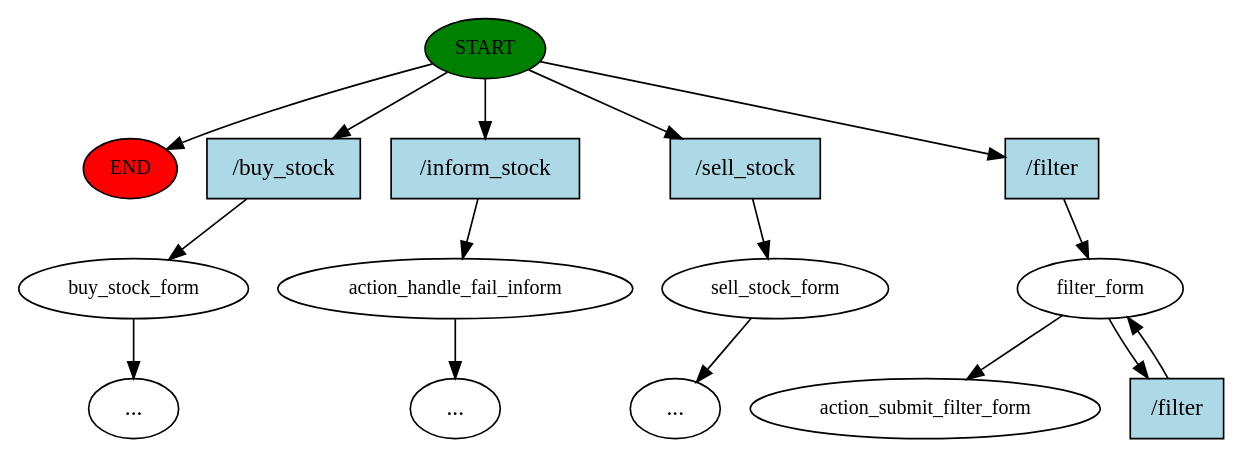
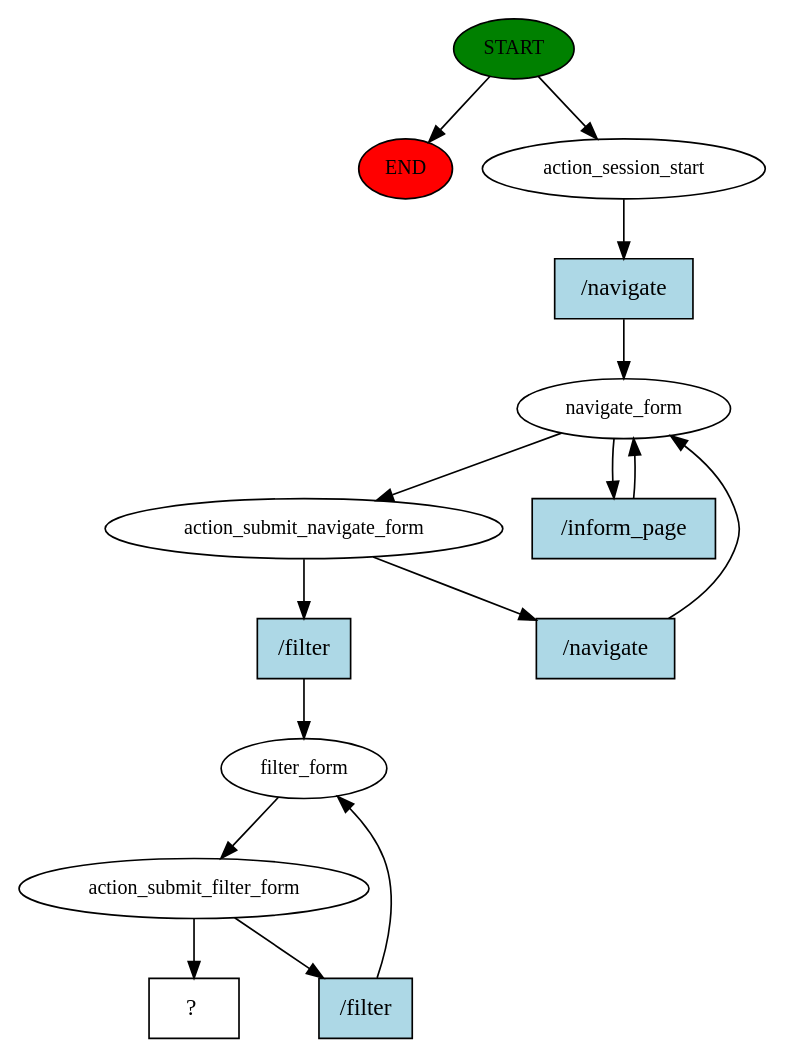
The diagram in story_graph.dot (medAzizBennour/rasa_borhen), drawn with Graphviz before and after one commit. The commit also changed 145 other files, not shown here.

```diff
--- a/story_graph.dot
+++ b/story_graph.dot
@@ -1,32 +1,30 @@
 digraph  {
 0 [class="start active", fillcolor=green, fontsize=12, label=START, style=filled];
 "-1" [class=end, fillcolor=red, fontsize=12, label=END, style=filled];
-1 [class="", fontsize=12, label=buy_stock_form];
-"-4" [class=ellipsis, label="..."];
-3 [class="", fontsize=12, label=action_handle_fail_inform];
-"-6" [class=ellipsis, label="..."];
-5 [class="", fontsize=12, label=sell_stock_form];
-"-7" [class=ellipsis, label="..."];
-6 [class=active, fontsize=12, label=filter_form];
-8 [class="dashed active", fontsize=12, label=action_submit_filter_form];
-9 [class=intent, fillcolor=lightblue, label="/buy_stock", shape=rect, style=filled];
-10 [class=intent, fillcolor=lightblue, label="/inform_stock", shape=rect, style=filled];
-11 [class=intent, fillcolor=lightblue, label="/sell_stock", shape=rect, style=filled];
-12 [class="intent active", fillcolor=lightblue, label="/filter", shape=rect, style=filled];
-13 [class="intent active", fillcolor=lightblue, label="/filter", shape=rect, style=filled];
+1 [class=active, fontsize=12, label=action_session_start];
+2 [class=active, fontsize=12, label=navigate_form];
+3 [class=active, fontsize=12, label=action_submit_navigate_form];
+9 [class=active, fontsize=12, label=filter_form];
+10 [class=active, fontsize=12, label=action_submit_filter_form];
+13 [class="intent dashed active", label="  ?  ", shape=rect];
+14 [class="intent active", fillcolor=lightblue, label="/navigate", shape=rect, style=filled];
+15 [class="intent active", fillcolor=lightblue, label="/inform_page", shape=rect, style=filled];
+16 [class="intent active", fillcolor=lightblue, label="/navigate", shape=rect, style=filled];
+17 [class="intent active", fillcolor=lightblue, label="/filter", shape=rect, style=filled];
+18 [class="intent active", fillcolor=lightblue, label="/filter", shape=rect, style=filled];
 0 -> "-1"  [class="", key=NONE, label=""];
-0 -> 9  [class="", key=0];
-0 -> 10  [class="", key=0];
-0 -> 11  [class="", key=0];
-0 -> 12  [class=active, key=0];
-1 -> "-4"  [class="", key=NONE, label=""];
-3 -> "-6"  [class="", key=NONE, label=""];
-5 -> "-7"  [class="", key=NONE, label=""];
-6 -> 8  [class=active, key=NONE, label=""];
-6 -> 13  [class=active, key=0];
-9 -> 1  [class="", key=0];
-10 -> 3  [class="", key=0];
-11 -> 5  [class="", key=0];
-12 -> 6  [class=active, key=0];
-13 -> 6  [class=active, key=0];
+0 -> 1  [class=active, key=NONE, label=""];
+1 -> 14  [class=active, key=0];
+2 -> 3  [class=active, key=NONE, label=""];
+2 -> 15  [class=active, key=0];
+3 -> 16  [class=active, key=0];
+3 -> 17  [class=active, key=0];
+9 -> 10  [class=active, key=NONE, label=""];
+10 -> 13  [class=active, key=NONE, label=""];
+10 -> 18  [class=active, key=0];
+14 -> 2  [class=active, key=0];
+15 -> 2  [class=active, key=0];
+16 -> 2  [class=active, key=0];
+17 -> 9  [class=active, key=0];
+18 -> 9  [class=active, key=0];
 }
```
